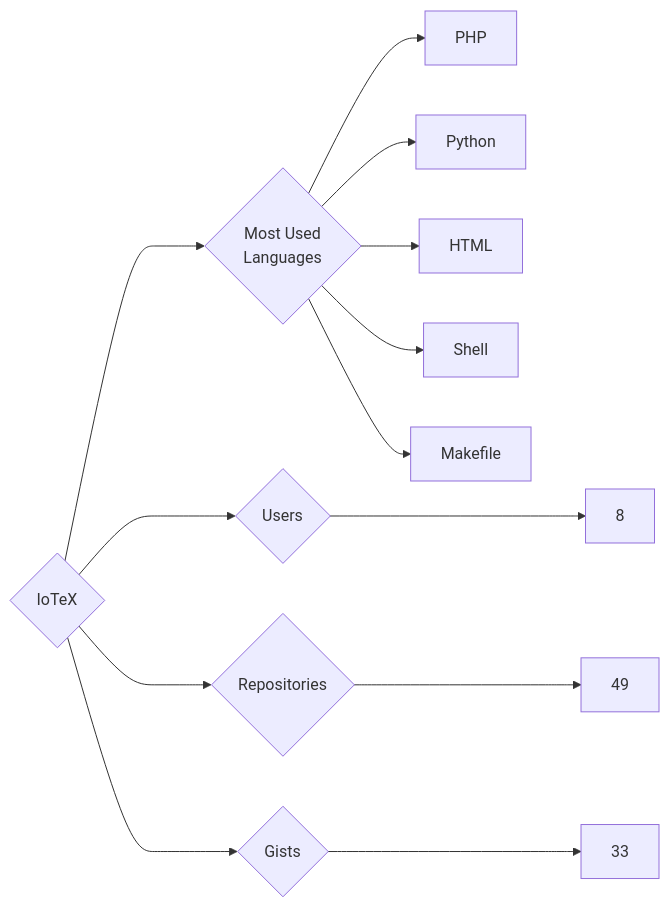
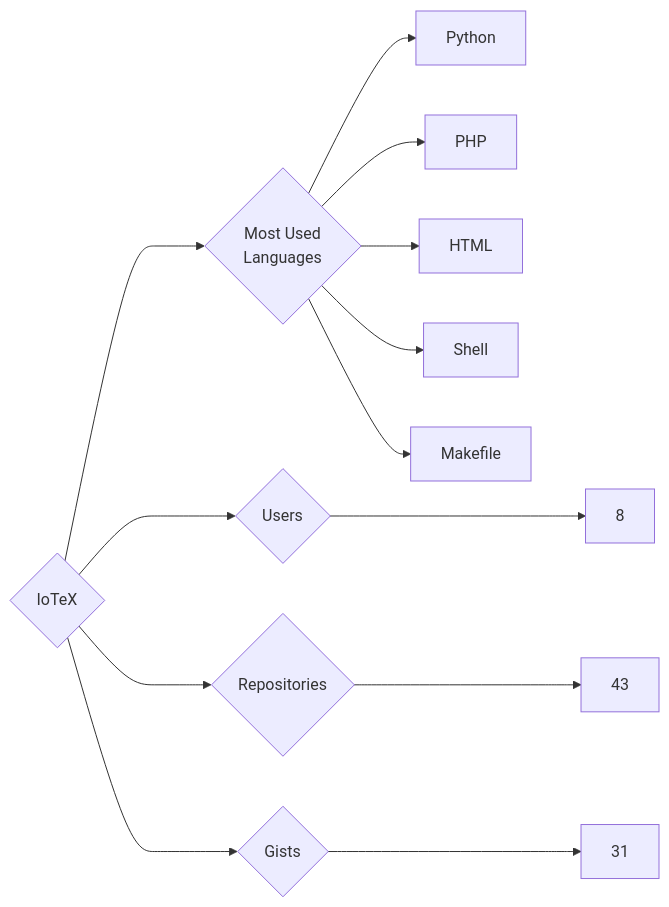
Before and after one commit to trickest/insiders: the diagram in targets/IoTeX/README.md, drawn with Mermaid. The commit also changed 1148 other files, not shown here.

````diff
--- a/targets/IoTeX/README.md
+++ b/targets/IoTeX/README.md
@@ -3,13 +3,13 @@
 ```mermaid
 graph LR
 COMPANY_NAME{IoTeX}
 COMPANY_NAME ---> U{Users} ---> UN[8]
-COMPANY_NAME ---> R{Repositories} ---> RN[49]
-COMPANY_NAME ---> G{Gists} ---> GN[33]
+COMPANY_NAME ---> R{Repositories} ---> RN[43]
+COMPANY_NAME ---> G{Gists} ---> GN[31]
 COMPANY_NAME ---> ML{Most Used<br>Languages}
+ML --> Python[Python]
 ML --> PHP[PHP]
-ML --> Python[Python]
 ML --> HTML[HTML]
 ML --> Shell[Shell]
 ML --> Makefile[Makefile]
 ```
````
